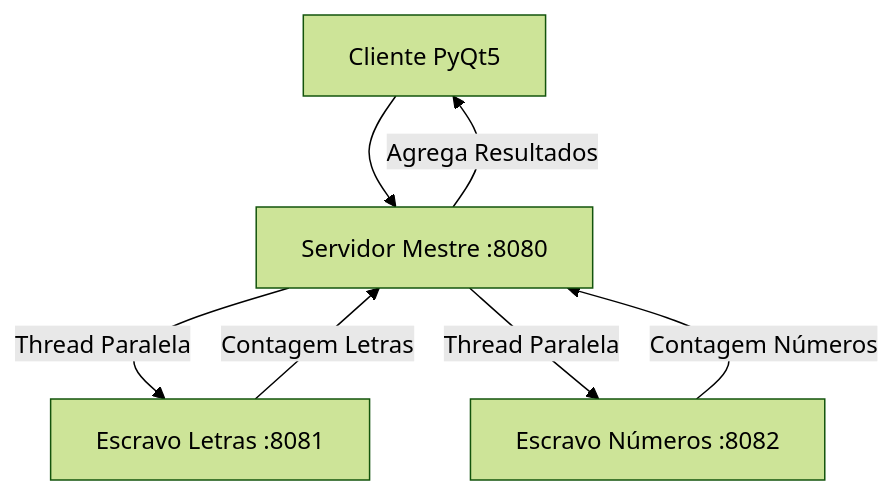
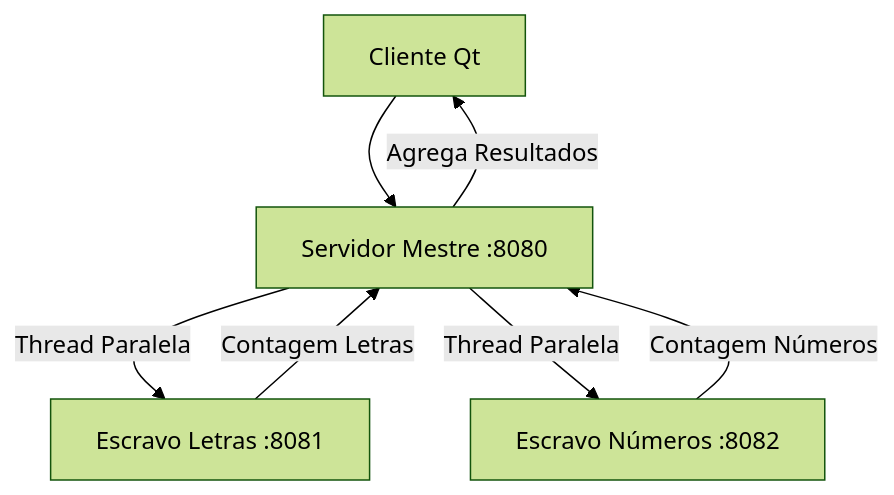
The diagram in README.md (jffilho618/mestre-escravo-sistemas-distribuidos), drawn with Mermaid (forest theme) before and after one commit. The commit also changed other lines of this file and 83 other files, not shown here.

````diff
--- a/README.md
+++ b/README.md
@@ -49,10 +49,10 @@
 ```mermaid
 graph TB
-    Client[Cliente PyQt5] --> Master[Servidor Mestre :8080]
+    Client[Cliente Qt] --> Master[Servidor Mestre :8080]
     Master --> |Thread Paralela| SlaveL[Escravo Letras :8081]
     Master --> |Thread Paralela| SlaveN[Escravo Números :8082]
 
     Master --> |Agrega Resultados| Client
     SlaveL --> |Contagem Letras| Master
     SlaveN --> |Contagem Números| Master
 ```
````
